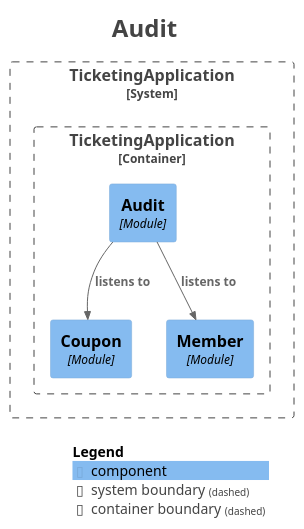
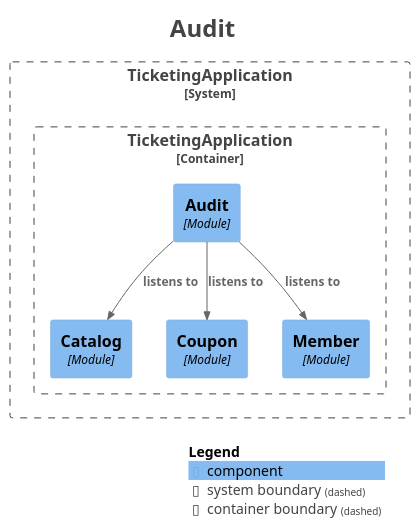
The diagram in docs/modulith/module-audit.puml (jkonury/ticketing), drawn with PlantUML before and after one commit. The commit also changed 19 other files, not shown here.

```diff
--- a/docs/modulith/module-audit.puml
+++ b/docs/modulith/module-audit.puml
@@ -1,32 +1,34 @@
 @startuml
 title <size:24>Audit</size>
 
 set separator none
 top to bottom direction
 
 <style>
   root {
     BackgroundColor: #ffffff
     FontColor: #444444
   }
 </style>
 
 !include <C4/C4>
 !include <C4/C4_Context>
 !include <C4/C4_Component>
 
 System_Boundary("TicketingApplication_boundary", "TicketingApplication", $tags="") {
   Container_Boundary("TicketingApplication.TicketingApplication_boundary", "TicketingApplication", $tags="") {
+    Component(TicketingApplication.TicketingApplication.Catalog, "Catalog", $techn="Module", $descr="", $tags="", $link="")
     Component(TicketingApplication.TicketingApplication.Coupon, "Coupon", $techn="Module", $descr="", $tags="", $link="")
     Component(TicketingApplication.TicketingApplication.Member, "Member", $techn="Module", $descr="", $tags="", $link="")
     Component(TicketingApplication.TicketingApplication.Audit, "Audit", $techn="Module", $descr="", $tags="", $link="")
   }
 
 }
 
 Rel(TicketingApplication.TicketingApplication.Audit, TicketingApplication.TicketingApplication.Coupon, "listens to", $techn="", $tags="", $link="")
 Rel(TicketingApplication.TicketingApplication.Audit, TicketingApplication.TicketingApplication.Member, "listens to", $techn="", $tags="", $link="")
+Rel(TicketingApplication.TicketingApplication.Audit, TicketingApplication.TicketingApplication.Catalog, "listens to", $techn="", $tags="", $link="")
 
 SHOW_LEGEND(true)
 hide stereotypes
 @enduml
```
